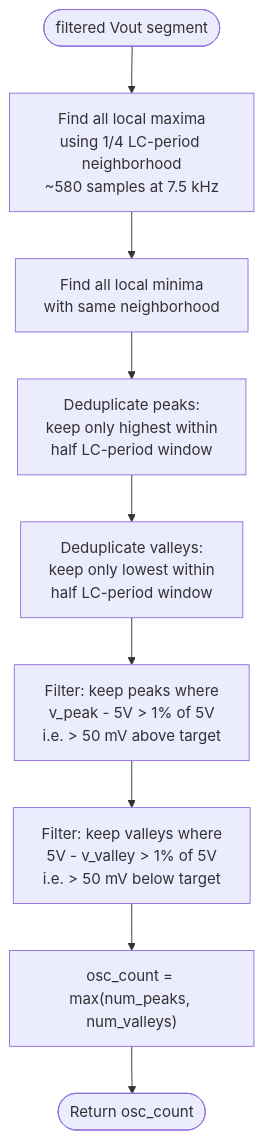
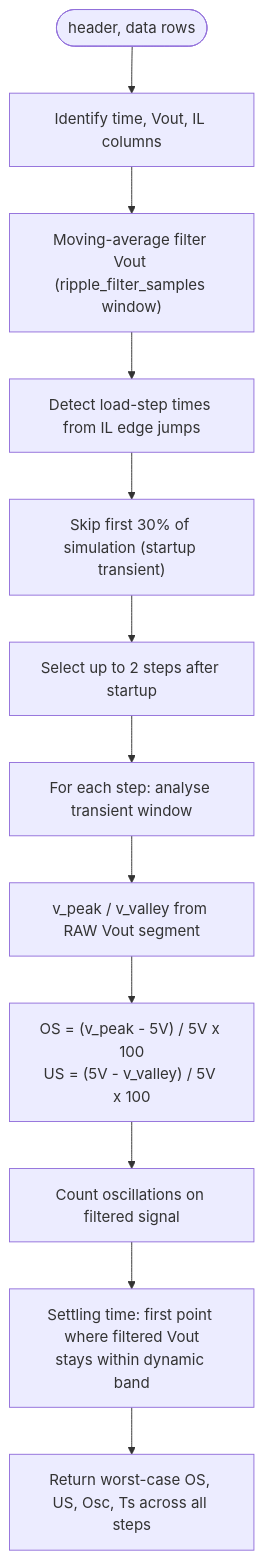
One commit to mianliao2000/plecs-pid-autotuner changed the fourth of 4 diagrams in README.md. Above: the diagram before and after it, drawn with Mermaid. The commit also changed other lines of this file and 4 other files, not shown here.

````diff
--- a/README.md
+++ b/README.md
@@ -244,11 +272,14 @@
 ```mermaid
 flowchart TD
-    A([filtered Vout segment]) --> B["Find all local maxima\nusing 1/4 LC-period neighborhood\n~580 samples at 7.5 kHz"]
-    B --> C["Find all local minima\nwith same neighborhood"]
-    C --> D["Deduplicate peaks:\nkeep only highest within\nhalf LC-period window"]
-    D --> E["Deduplicate valleys:\nkeep only lowest within\nhalf LC-period window"]
-    E --> F["Filter: keep peaks where\nv_peak - 5V > 1% of 5V\ni.e. > 50 mV above target"]
-    F --> G["Filter: keep valleys where\n5V - v_valley > 1% of 5V\ni.e. > 50 mV below target"]
-    G --> H["osc_count = max(num_peaks, num_valleys)"]
-    H --> I([Return osc_count])
+    A([header, data rows]) --> B["Identify time, Vout, IL columns"]
+    B --> C["Moving-average filter Vout (ripple_filter_samples window)"]
+    C --> D["Detect load-step times from IL edge jumps"]
+    D --> E["Skip first 30% of simulation (startup transient)"]
+    E --> F["Select up to 2 steps after startup"]
+    F --> G["For each step: analyse transient window"]
+    G --> H["v_peak / v_valley from RAW Vout segment"]
+    H --> I["OS = (v_peak - 5V) / 5V x 100\nUS = (5V - v_valley) / 5V x 100"]
+    I --> J["Count oscillations on filtered signal"]
+    J --> K["Settling time: first point where filtered Vout\nstays within dynamic band"]
+    K --> L["Return worst-case OS, US, Osc, Ts across all steps"]
 ```
````
